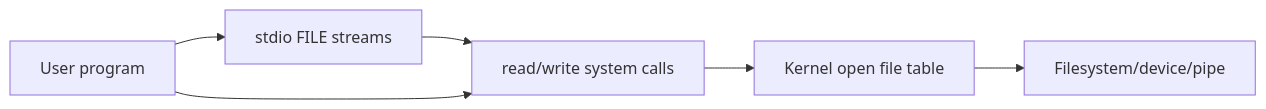
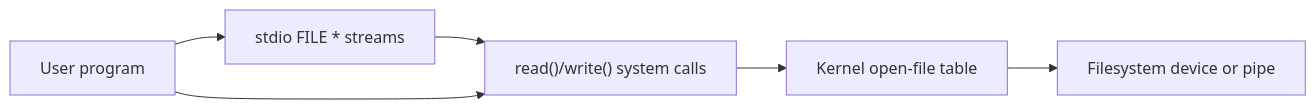
Before and after one commit to justinbrianhwang/SJ-wiki: the diagram in docs/cs/programming/c/unix-system-interface.md, drawn with Mermaid. The commit also changed other lines of this file and 955 other files, not shown here.

````diff
--- a/docs/cs/programming/c/unix-system-interface.md
+++ b/docs/cs/programming/c/unix-system-interface.md
@@ -78,8 +41,8 @@
 ```mermaid
 flowchart LR
-  A[User program] --> B[stdio FILE streams]
-  B --> C[read/write system calls]
+  A[User program] --> B["stdio FILE * streams"]
+  B --> C["read()/write() system calls"]
   A --> C
-  C --> D[Kernel open file table]
-  D --> E[Filesystem/device/pipe]
+  C --> D[Kernel open-file table]
+  D --> E[Filesystem device or pipe]
 ```
````
